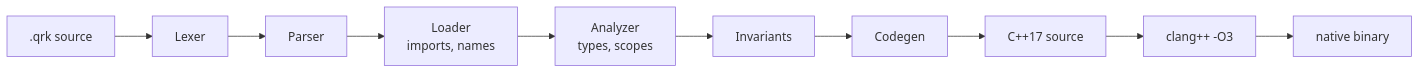
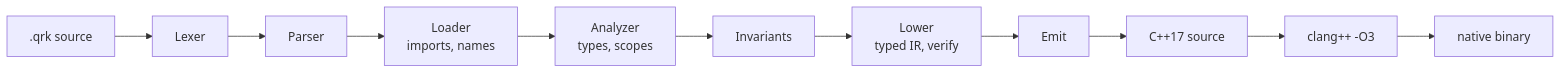
One commit to amolbrkr/quark-lang changed the diagram in README.md. Above: the diagram before and after it, drawn with Mermaid. The commit also changed other lines of this file and 65 other files, not shown here.

````diff
--- a/README.md
+++ b/README.md
@@ -163,12 +163,13 @@
 ```mermaid
 flowchart LR
     A[".qrk source"] --> B[Lexer]
     B --> C[Parser]
     C --> D["Loader<br/>imports, names"]
     D --> E["Analyzer<br/>types, scopes"]
     E --> F[Invariants]
-    F --> G[Codegen]
-    G --> H["C++17 source"]
+    F --> G["Lower<br/>typed IR, verify"]
+    G --> G2[Emit]
+    G2 --> H["C++17 source"]
     H --> I["clang++ -O3"]
     I --> J["native binary"]
 ```
````
